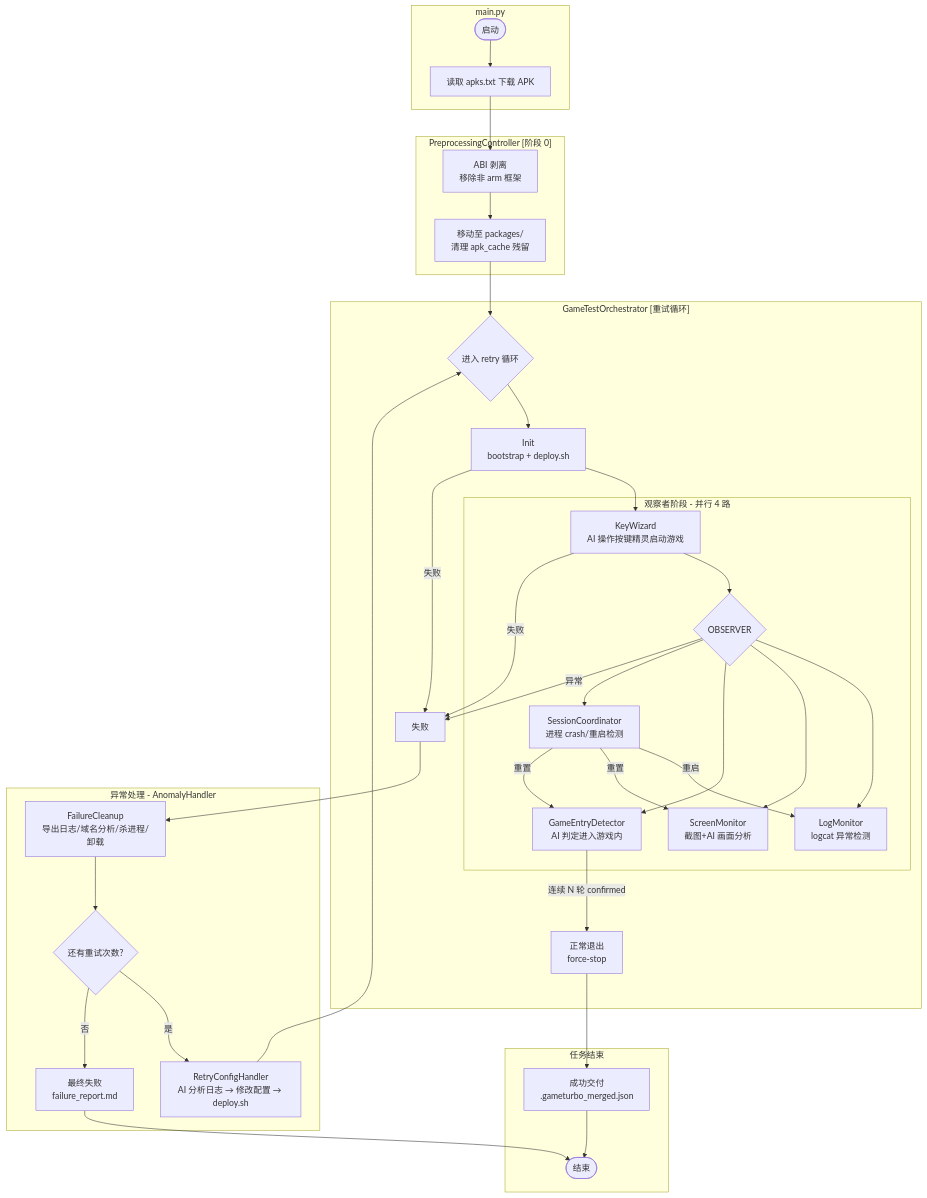
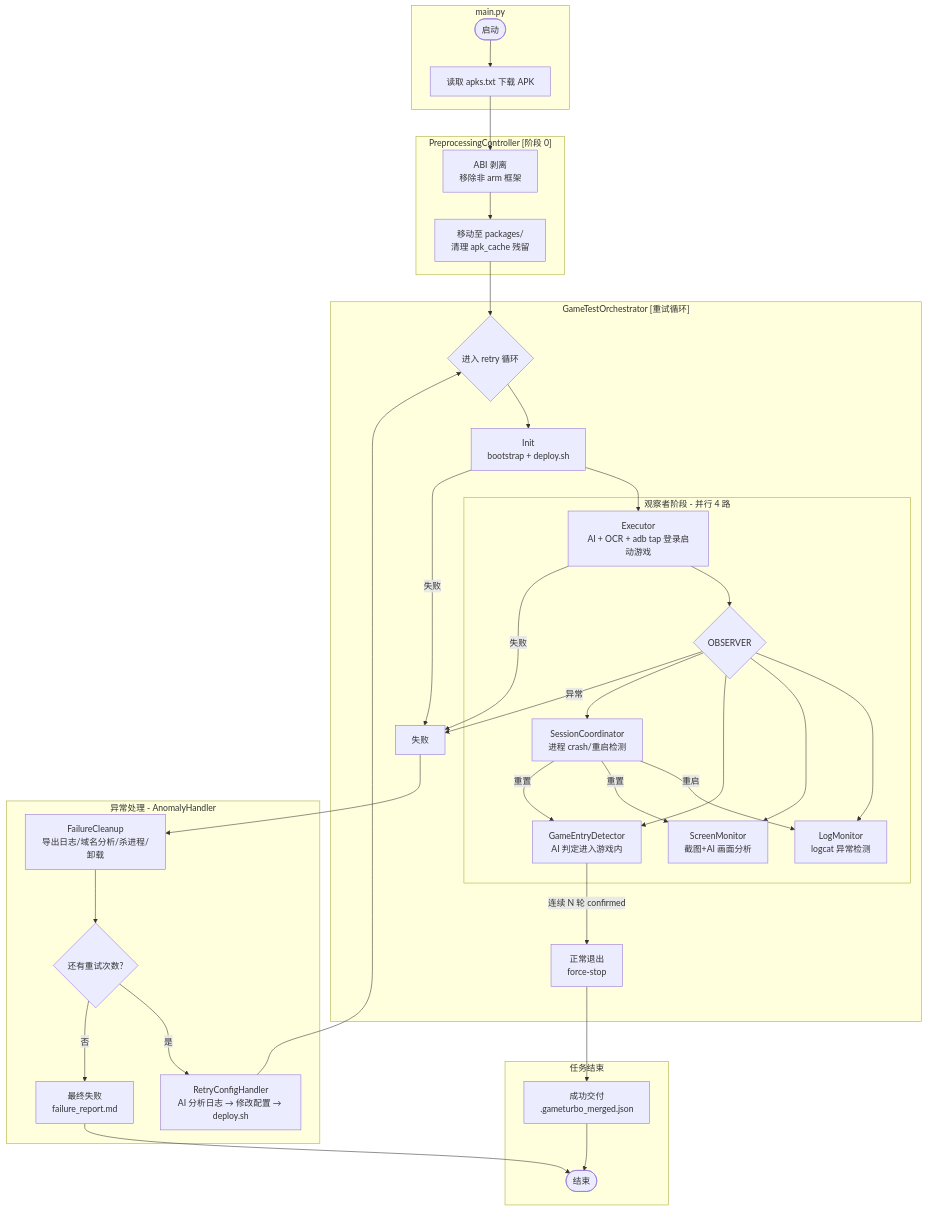
Before and after one commit to WartDipara/ai-test-workflow: the first of 2 diagrams in README.md, drawn with Mermaid. The commit also changed other lines of this file and 57 other files, not shown here.

````diff
--- a/README.md
+++ b/README.md
@@ -19,48 +19,48 @@
 ```mermaid
 graph TD
   subgraph "main.py"
     START([启动]) --> PREPROCESSING
   end
 
   subgraph "PreprocessingController [阶段 0]"
     PREPROCESSING[读取 apks.txt 下载 APK]
     PREPROCESSING --> STRIP[ABI 剥离<br/>移除非 arm 框架]
     STRIP --> MOVE[移动至 packages/<br/>清理 apk_cache 残留]
   end
 
   subgraph "GameTestOrchestrator [重试循环]"
     MOVE --> RETRY_LOOP{进入 retry 循环}
     RETRY_LOOP --> INIT[Init<br/>bootstrap + deploy.sh]
-    INIT --> KEYWIZARD[KeyWizard<br/>AI 操作按键精灵启动游戏]
+    INIT --> EXECUTOR[Executor<br/>AI + OCR + adb tap 登录启动游戏]
 
     subgraph "观察者阶段 - 并行 4 路"
-      KEYWIZARD --> OBSERVER{OBSERVER}
+      EXECUTOR --> OBSERVER{OBSERVER}
       OBSERVER --> LM[LogMonitor<br/>logcat 异常检测]
       OBSERVER --> SM[ScreenMonitor<br/>截图+AI 画面分析]
       OBSERVER --> GE[GameEntryDetector<br/>AI 判定进入游戏内]
       OBSERVER --> SC[SessionCoordinator<br/>进程 crash/重启检测]
       SC -->|重启| LM
       SC -->|重置| SM
       SC -->|重置| GE
     end
 
     GE -->|连续 N 轮 confirmed| NORMAL_EXIT[正常退出<br/>force-stop]
     OBSERVER -->|异常| FAILURE[失败]
-    KEYWIZARD -->|失败| FAILURE
+    EXECUTOR -->|失败| FAILURE
     INIT -->|失败| FAILURE
   end
 
   subgraph "异常处理 - AnomalyHandler"
     FAILURE --> CLEANUP[FailureCleanup<br/>导出日志/域名分析/杀进程/卸载]
     CLEANUP --> RETRY{还有重试次数?}
     RETRY -->|是| MODIFY[RetryConfigHandler<br/>AI 分析日志 → 修改配置 → deploy.sh]
     MODIFY --> RETRY_LOOP
     RETRY -->|否| FINAL_FAIL[最终失败<br/>failure_report.md]
   end
 
   subgraph "任务结束"
     NORMAL_EXIT --> SUCCESS[成功交付<br/>.gameturbo_merged.json]
     SUCCESS --> END([结束])
     FINAL_FAIL --> END
   end
 ```
````
